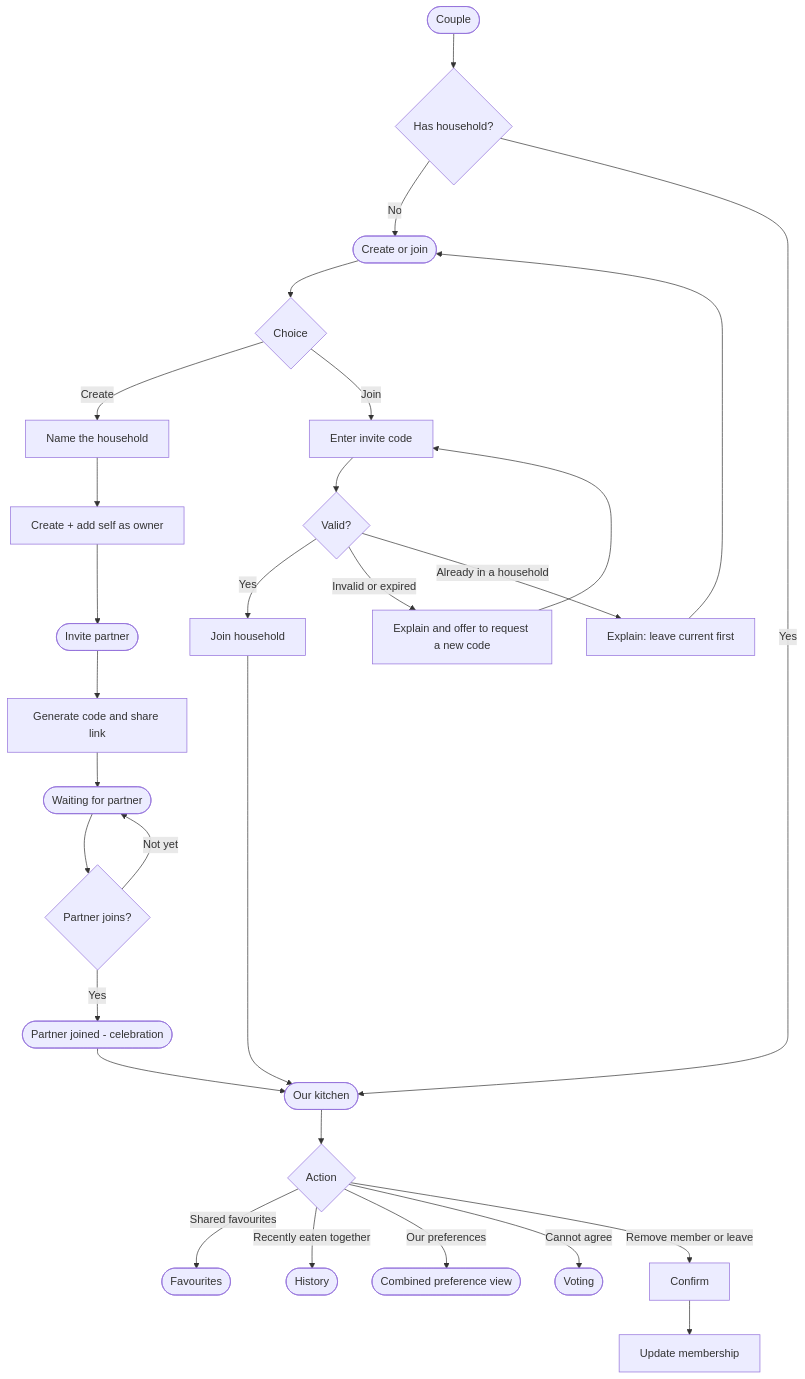
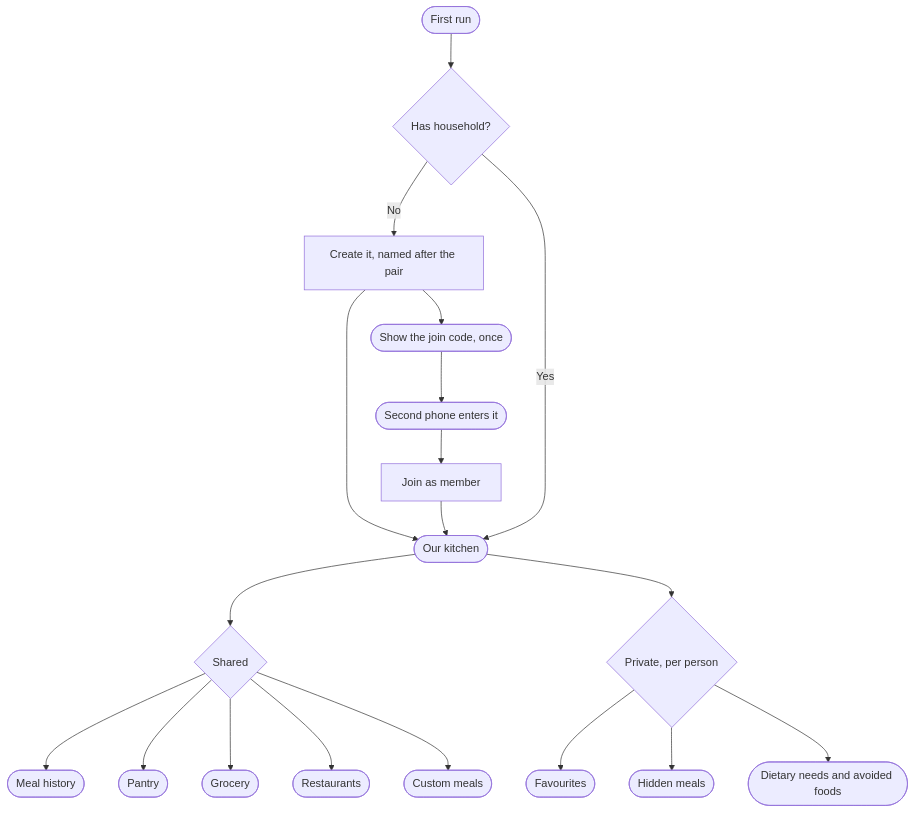
Diagram 14 of 17 in docs/USER_FLOWS.md (MarcEsteban04/whats_cooking_app), drawn with Mermaid before and after one commit. The commit also changed other lines of this file and 2 other files, not shown here.

First line of the commit message:
docs: bring USER_FLOWS, ARCHITECTURE and DATABASE in line with the rescope

````diff
--- a/docs/USER_FLOWS.md
+++ b/docs/USER_FLOWS.md
@@ -426,26 +437,21 @@
 ```mermaid
 flowchart TD
-    A([Couple]) --> B{Has household?}
-    B -->|No| C([Create or join])
-    B -->|Yes| D([Our kitchen])
+    A([First run]) --> B{Has household?}
+    B -->|No| C[Create it, named after the pair] --> D([Our kitchen])
+    B -->|Yes| D
 
-    C --> E{Choice}
-    E -->|Create| F[Name the household] --> G[Create + add self as owner] --> H([Invite partner])
-    E -->|Join| I[Enter invite code] --> J{Valid?}
-    J -->|Yes| K[Join household] --> D
-    J -->|Invalid or expired| L[Explain and offer to request a new code] --> I
-    J -->|Already in a household| M[Explain: leave current first] --> C
+    C --> E([Show the join code, once])
+    E --> F([Second phone enters it]) --> G[Join as member] --> D
 
-    H --> N[Generate code and share link]
-    N --> O([Waiting for partner])
-    O --> P{Partner joins?}
-    P -->|Yes| Q([Partner joined - celebration]) --> D
-    P -->|Not yet| O
+    D --> H{Shared}
+    H --> I([Meal history])
+    H --> J([Pantry])
+    H --> K([Grocery])
+    H --> L([Restaurants])
+    H --> M([Custom meals])
 
-    D --> R{Action}
-    R -->|Shared favourites| S([Favourites])
-    R -->|Recently eaten together| T([History])
-    R -->|Our preferences| U([Combined preference view])
-    R -->|Cannot agree| V([Voting])
-    R -->|Remove member or leave| W[Confirm] --> X[Update membership]
+    D --> N{Private, per person}
+    N --> O([Favourites])
+    N --> P([Hidden meals])
+    N --> Q([Dietary needs and avoided foods])
 ```
````
